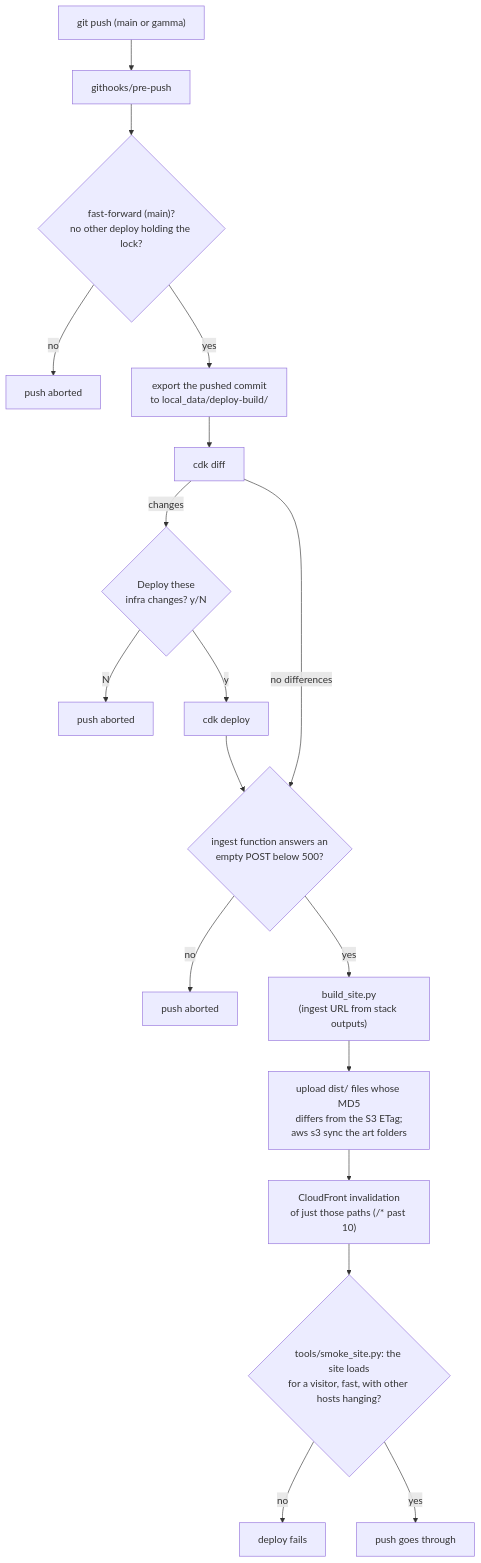
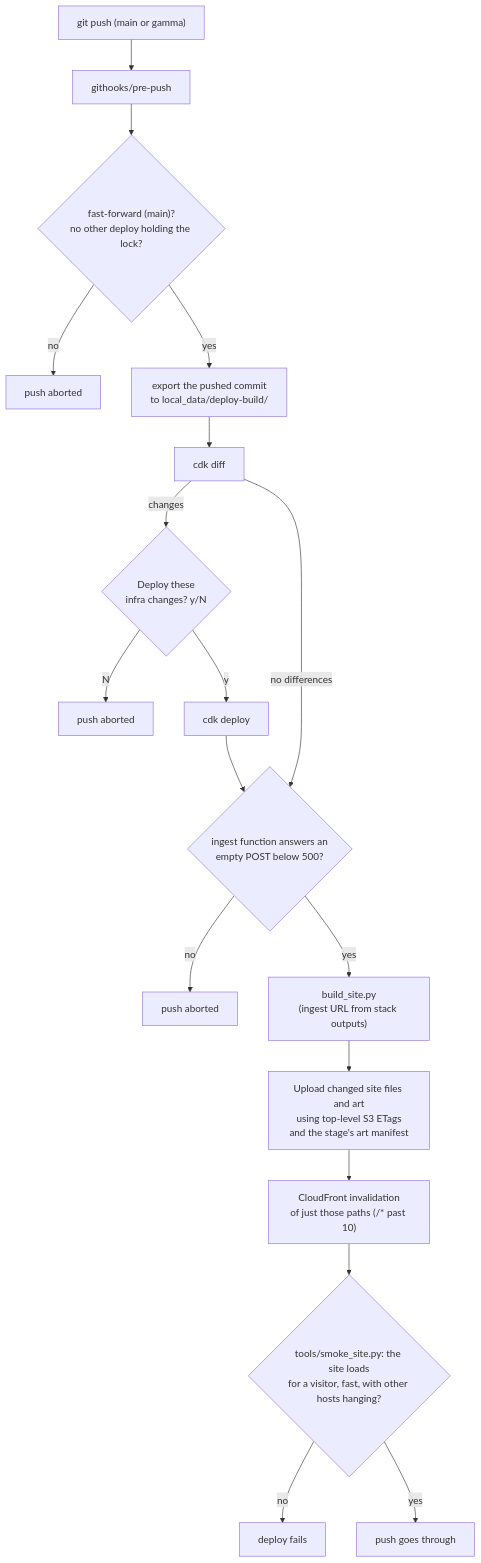
Before and after one commit to johnstonjesse329/slay-my-stats: the fourth of 5 diagrams in README.md, drawn with Mermaid. The commit also changed 3 other files, not shown here.

````diff
--- a/README.md
+++ b/README.md
@@ -645,18 +645,18 @@
 ```mermaid
 flowchart TB
     push["git push (main or gamma)"] --> hook["githooks/pre-push"]
     hook --> check{"fast-forward (main)?<br/>no other deploy holding the lock?"}
     check -- no --> abort["push aborted"]
     check -- yes --> export["export the pushed commit<br/>to local_data/deploy-build/"] --> diff["cdk diff"]
     diff -- "changes" --> ask{"Deploy these<br/>infra changes? y/N"}
     ask -- N --> abort2["push aborted"]
     ask -- y --> deploy["cdk deploy"] --> smoke
     diff -- "no differences" --> smoke
     smoke{"ingest function answers an<br/>empty POST below 500?"} -- no --> abort3["push aborted"]
     smoke -- yes --> build
-    build["build_site.py<br/>(ingest URL from stack outputs)"] --> upload["upload dist/ files whose MD5<br/>differs from the S3 ETag;<br/>aws s3 sync the art folders"]
+    build["build_site.py<br/>(ingest URL from stack outputs)"] --> upload["Upload changed site files and art<br/>using top-level S3 ETags<br/>and the stage's art manifest"]
     upload --> inval["CloudFront invalidation<br/>of just those paths (/* past 10)"]
     inval --> visit{"tools/smoke_site.py: the site loads<br/>for a visitor, fast, with other hosts hanging?"}
     visit -- no --> abort4["deploy fails"]
     visit -- yes --> done["push goes through"]
 ```
````
